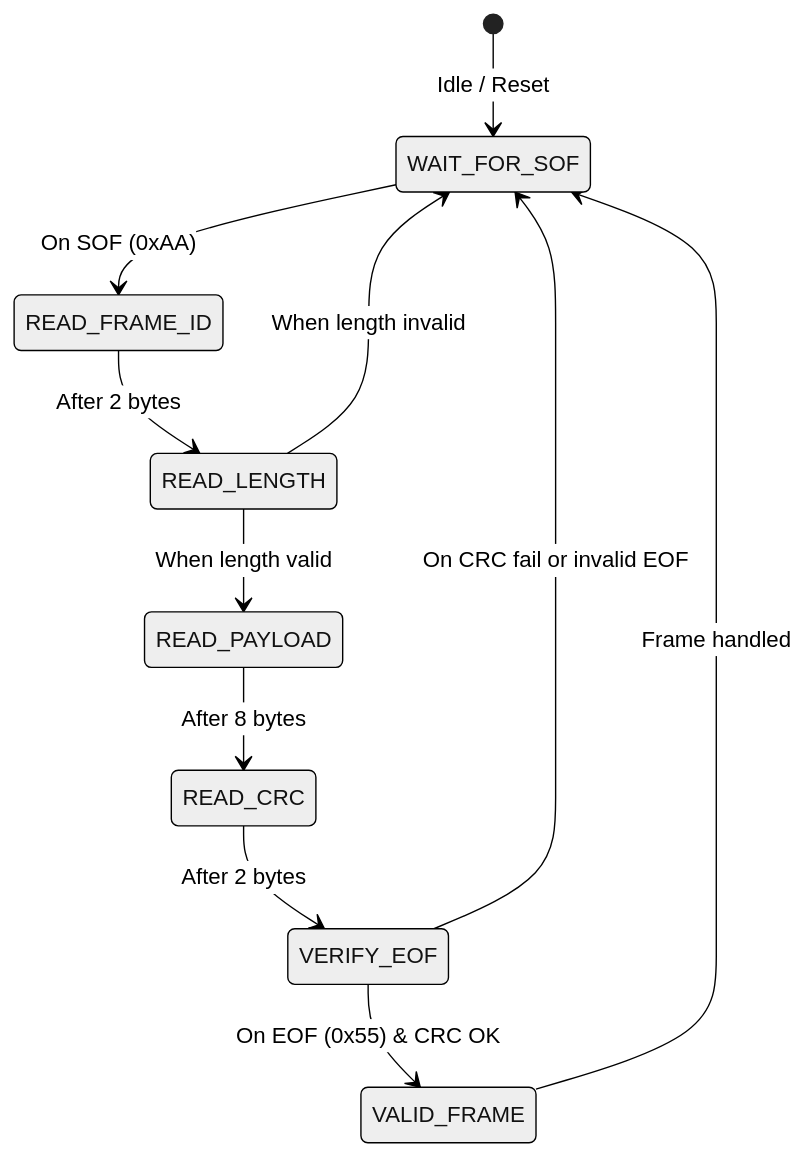
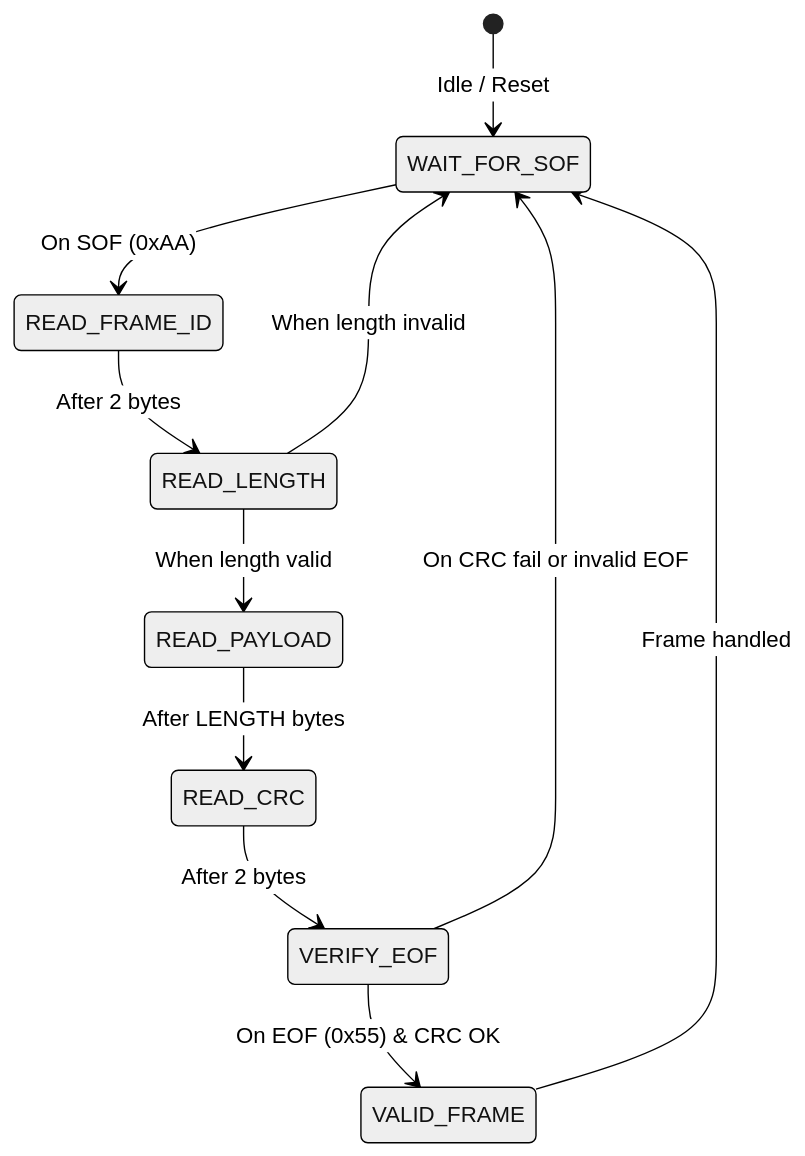
Before and after one commit to Bananums/nanners-protocol: the diagram in docs/rx.mmd, drawn with Mermaid (neutral theme). The commit also changed 7 other files, not shown here.

```diff
--- a/docs/rx.mmd
+++ b/docs/rx.mmd
@@ -1,11 +1,11 @@
 stateDiagram-v2
     [*] --> WAIT_FOR_SOF : Idle / Reset
     WAIT_FOR_SOF --> READ_FRAME_ID : On SOF (0xAA)
     READ_FRAME_ID --> READ_LENGTH : After 2 bytes
     READ_LENGTH --> READ_PAYLOAD : When length valid
     READ_LENGTH --> WAIT_FOR_SOF : When length invalid
-    READ_PAYLOAD --> READ_CRC : After 8 bytes
+    READ_PAYLOAD --> READ_CRC : After LENGTH bytes
     READ_CRC --> VERIFY_EOF : After 2 bytes
     VERIFY_EOF --> VALID_FRAME : On EOF (0x55) & CRC OK
     VERIFY_EOF --> WAIT_FOR_SOF : On CRC fail or invalid EOF
     VALID_FRAME --> WAIT_FOR_SOF : Frame handled
```
